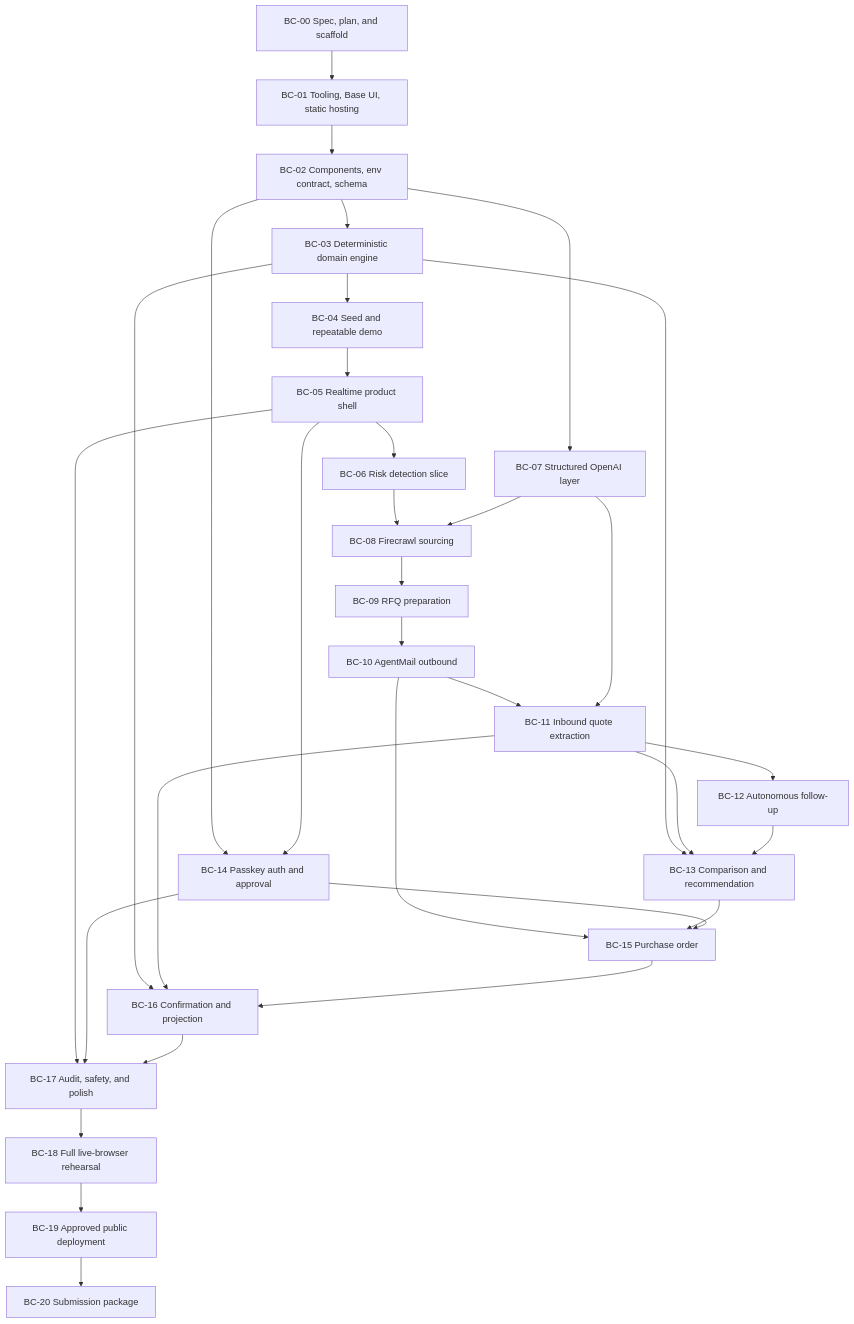
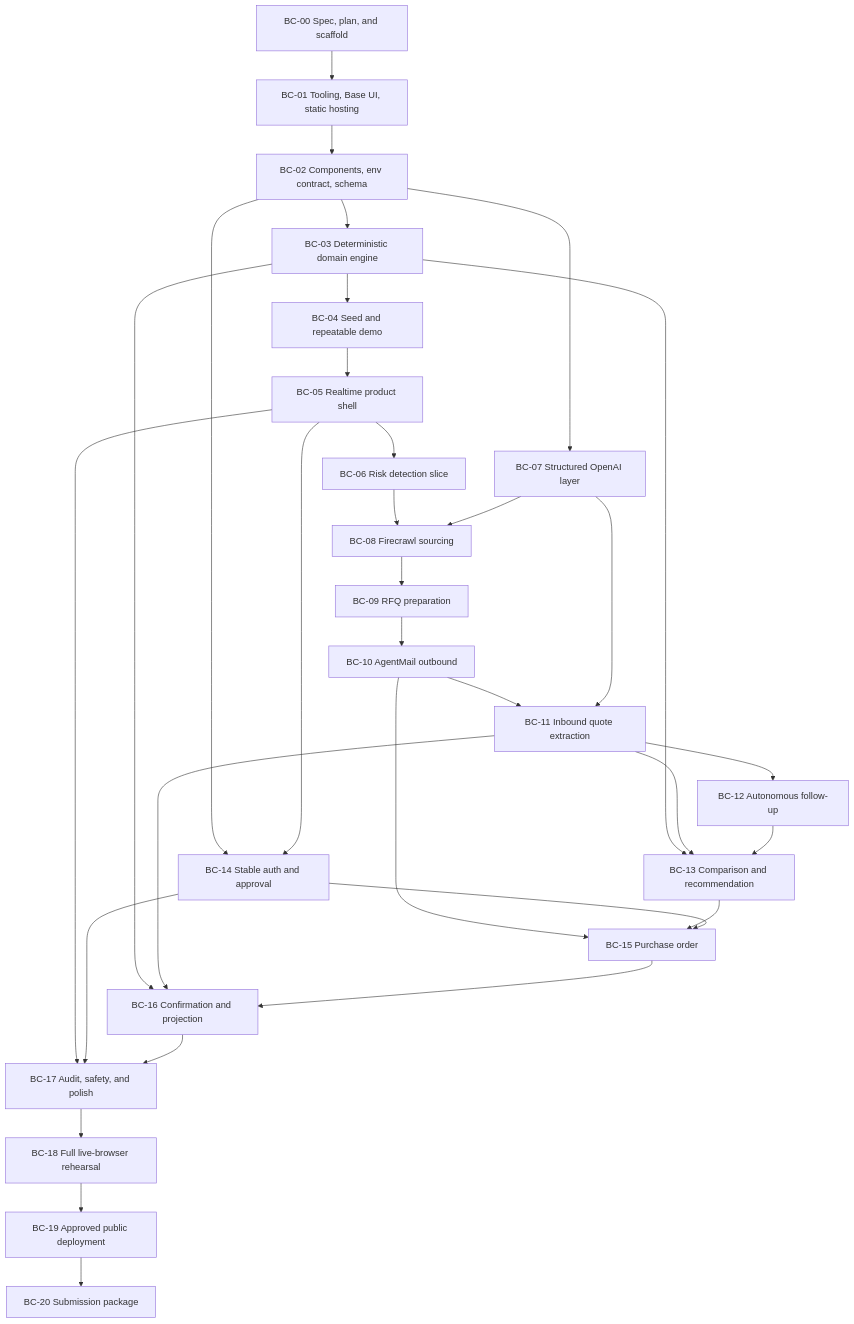
One commit to FacundoLucci/autonomous-buyer changed the diagram in docs/implementation-plan.md. Above: the diagram before and after it, drawn with Mermaid. The commit also changed other lines of this file and 16 other files, not shown here.

Commit message:
feat: add one-click judge approval auth

````diff
--- a/docs/implementation-plan.md
+++ b/docs/implementation-plan.md
@@ -136,46 +136,46 @@
 ```mermaid
 flowchart TD
   BC00[BC-00 Spec, plan, and scaffold]
   BC01[BC-01 Tooling, Base UI, static hosting]
   BC02[BC-02 Components, env contract, schema]
   BC03[BC-03 Deterministic domain engine]
   BC04[BC-04 Seed and repeatable demo]
   BC05[BC-05 Realtime product shell]
   BC06[BC-06 Risk detection slice]
   BC07[BC-07 Structured OpenAI layer]
   BC08[BC-08 Firecrawl sourcing]
   BC09[BC-09 RFQ preparation]
   BC10[BC-10 AgentMail outbound]
   BC11[BC-11 Inbound quote extraction]
   BC12[BC-12 Autonomous follow-up]
   BC13[BC-13 Comparison and recommendation]
-  BC14[BC-14 Passkey auth and approval]
+  BC14[BC-14 Stable auth and approval]
   BC15[BC-15 Purchase order]
   BC16[BC-16 Confirmation and projection]
   BC17[BC-17 Audit, safety, and polish]
   BC18[BC-18 Full live-browser rehearsal]
   BC19[BC-19 Approved public deployment]
   BC20[BC-20 Submission package]
 
   BC00 --> BC01 --> BC02
   BC02 --> BC03 --> BC04 --> BC05 --> BC06
   BC02 --> BC07
   BC06 --> BC08
   BC07 --> BC08
   BC08 --> BC09 --> BC10 --> BC11 --> BC12
   BC07 --> BC11
   BC03 --> BC13
   BC11 --> BC13
   BC12 --> BC13
   BC02 --> BC14
   BC05 --> BC14
   BC10 --> BC15
   BC13 --> BC15
   BC14 --> BC15
   BC03 --> BC16
   BC11 --> BC16
   BC15 --> BC16
   BC05 --> BC17
   BC14 --> BC17
   BC16 --> BC17 --> BC18 --> BC19 --> BC20
 ```
````
